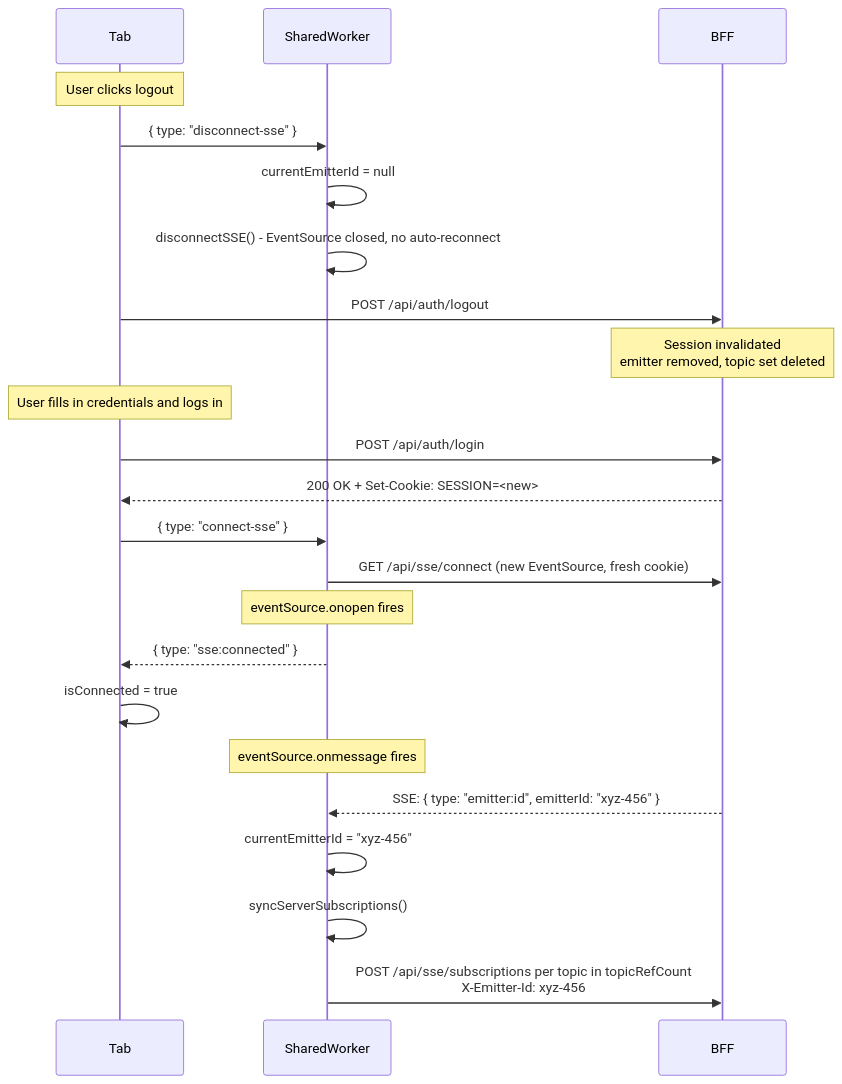
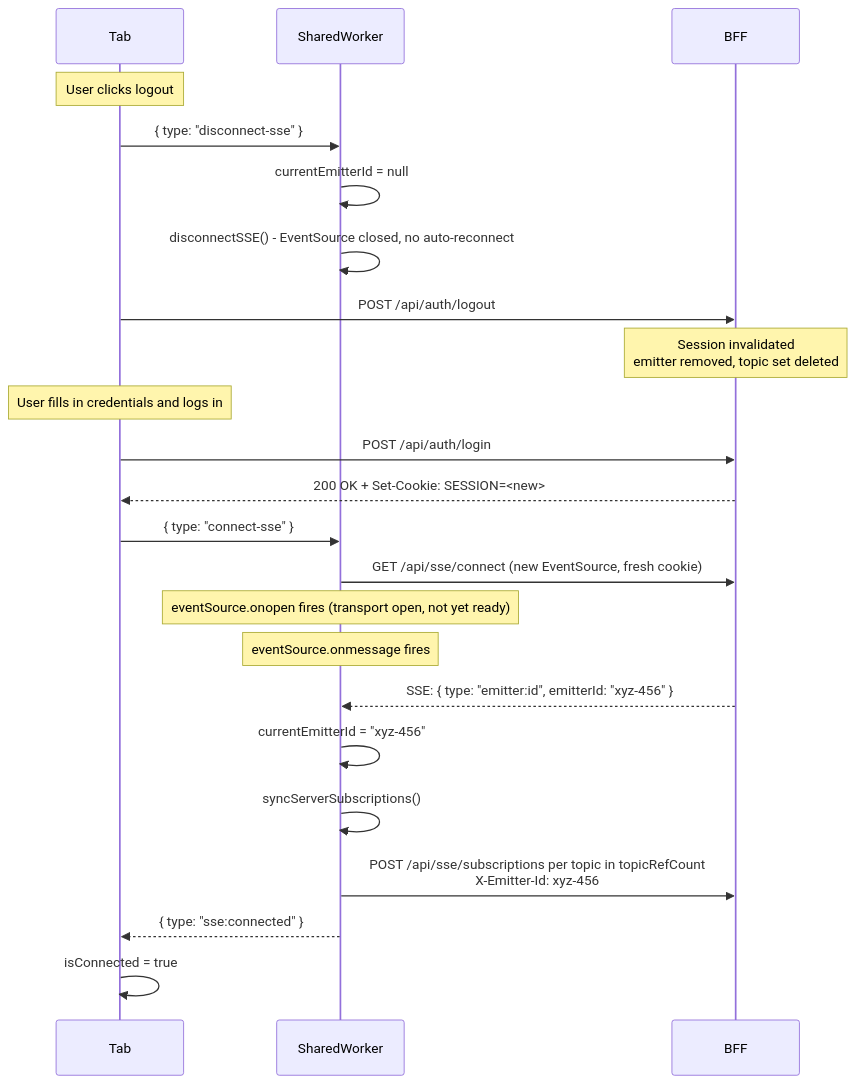
Before and after one commit to iarroyo/sse-demo: the sixth of 7 diagrams in SSE-DIAGRAMS.md, drawn with Mermaid. The commit also changed other lines of this file and 2 other files, not shown here.

First line of the commit message:
docs(sse): fix sse:connected ordering and Tab 2 connected state

````diff
--- a/SSE-DIAGRAMS.md
+++ b/SSE-DIAGRAMS.md
@@ -155,31 +158,31 @@
 ```mermaid
 sequenceDiagram
     participant Tab
     participant Worker as SharedWorker
     participant Server as BFF
 
     Note over Tab: User clicks logout
     Tab->>Worker: { type: "disconnect-sse" }
     Worker->>Worker: currentEmitterId = null
     Worker->>Worker: disconnectSSE() - EventSource closed, no auto-reconnect
 
     Tab->>Server: POST /api/auth/logout
     Note over Server: Session invalidated<br/>emitter removed, topic set deleted
 
     Note over Tab: User fills in credentials and logs in
     Tab->>Server: POST /api/auth/login
     Server-->>Tab: 200 OK + Set-Cookie: SESSION=<new>
 
     Tab->>Worker: { type: "connect-sse" }
     Worker->>Server: GET /api/sse/connect (new EventSource, fresh cookie)
 
-    Note over Worker: eventSource.onopen fires
-    Worker-->>Tab: { type: "sse:connected" }
-    Tab->>Tab: isConnected = true
+    Note over Worker: eventSource.onopen fires (transport open, not yet ready)
 
     Note over Worker: eventSource.onmessage fires
     Server-->>Worker: SSE: { type: "emitter:id", emitterId: "xyz-456" }
     Worker->>Worker: currentEmitterId = "xyz-456"
     Worker->>Worker: syncServerSubscriptions()
     Worker->>Server: POST /api/sse/subscriptions per topic in topicRefCount<br/>X-Emitter-Id: xyz-456
+    Worker-->>Tab: { type: "sse:connected" }
+    Tab->>Tab: isConnected = true
 ```
````
